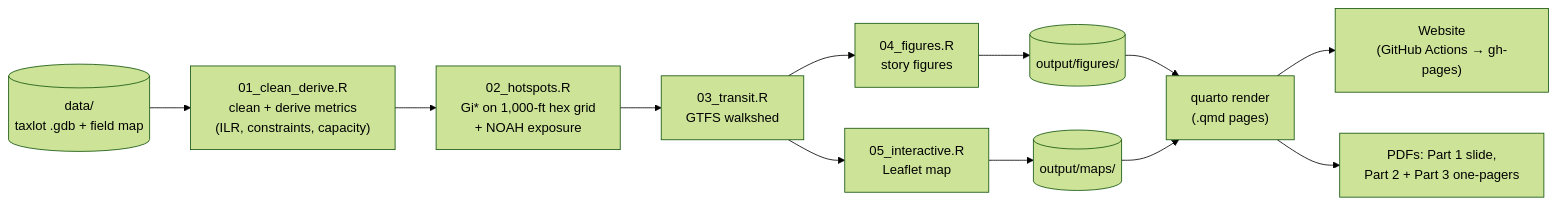
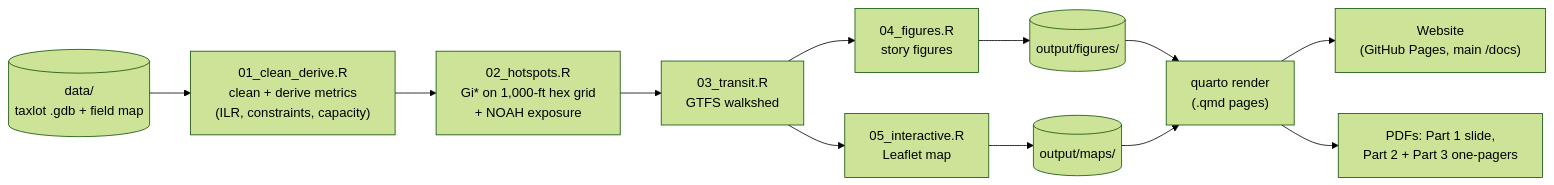
The diagram in README.md (kaseyzapatka/cascadia), drawn with Mermaid (forest theme) before and after one commit. The commit also changed other lines of this file, not shown here.

````diff
--- a/README.md
+++ b/README.md
@@ -39,14 +41,14 @@
 ```mermaid
 flowchart LR
     A[("data/<br/>taxlot .gdb + field map")] --> B["01_clean_derive.R<br/>clean + derive metrics<br/>(ILR, constraints, capacity)"]
     B --> C["02_hotspots.R<br/>Gi* on 1,000-ft hex grid<br/>+ NOAH exposure"]
     C --> T["03_transit.R<br/>GTFS walkshed"]
     T --> D["04_figures.R<br/>story figures"]
     T --> E["05_interactive.R<br/>Leaflet map"]
     D --> F[("output/figures/")]
     E --> G[("output/maps/")]
     F --> H["quarto render<br/>(.qmd pages)"]
     G --> H
-    H --> I["Website<br/>(GitHub Actions → gh-pages)"]
+    H --> I["Website<br/>(GitHub Pages, main /docs)"]
     H --> J["PDFs: Part 1 slide,<br/>Part 2 + Part 3 one-pagers"]
 ```
````
